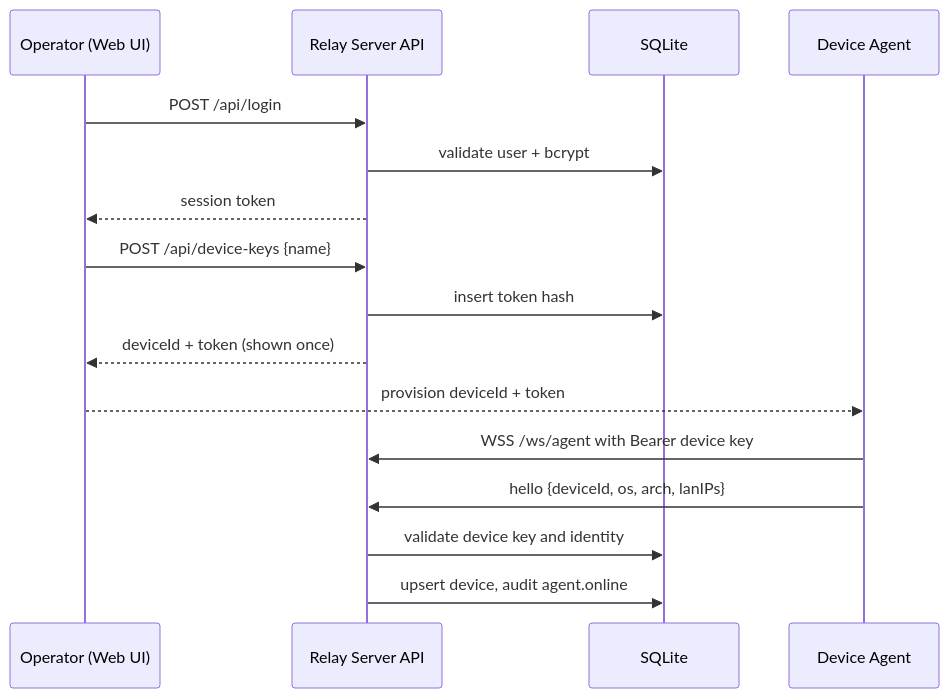
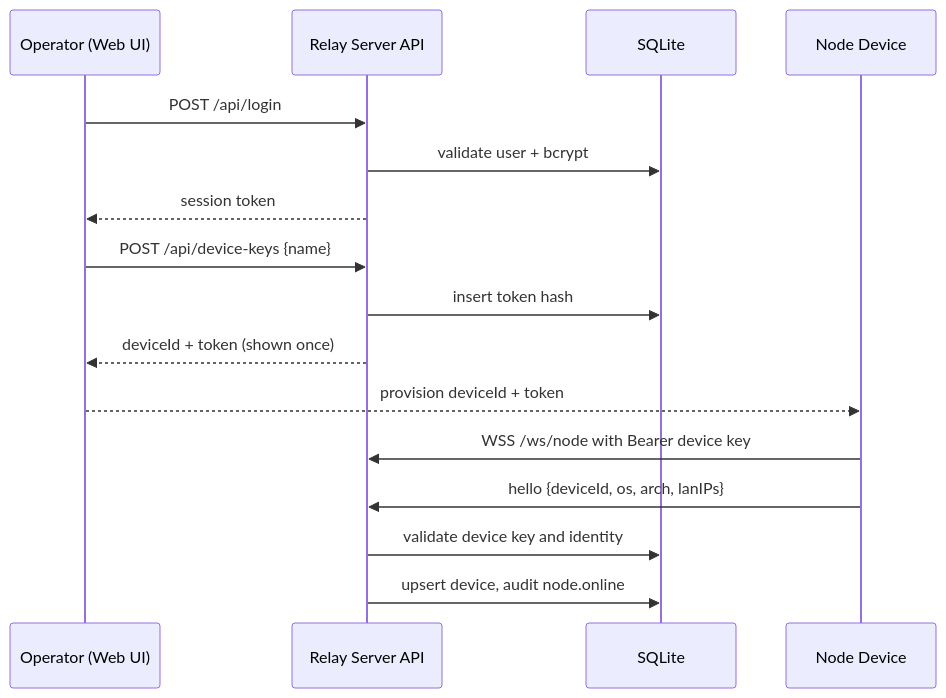
Before and after one commit to pcc-258/warpmesh: the fourth of 11 diagrams in docs/architecture.md, drawn with Mermaid. The commit also changed other lines of this file and 107 other files, not shown here.

First line of the commit message:
feat(node): replace native agent with node runtime, add Windows client and OTA updates

````diff
--- a/docs/architecture.md
+++ b/docs/architecture.md
@@ -121,19 +122,19 @@
 ```mermaid
 sequenceDiagram
     participant Admin as Operator (Web UI)
     participant API as Relay Server API
     participant DB as SQLite
-    participant Agent as Device Agent
+    participant Node as Node Device
 
     Admin->>API: POST /api/login
     API->>DB: validate user + bcrypt
     API-->>Admin: session token
     Admin->>API: POST /api/device-keys {name}
     API->>DB: insert token hash
     API-->>Admin: deviceId + token (shown once)
-    Admin-->>Agent: provision deviceId + token
-    Agent->>API: WSS /ws/agent with Bearer device key
-    Agent->>API: hello {deviceId, os, arch, lanIPs}
+    Admin-->>Node: provision deviceId + token
+    Node->>API: WSS /ws/node with Bearer device key
+    Node->>API: hello {deviceId, os, arch, lanIPs}
     API->>DB: validate device key and identity
-    API->>DB: upsert device, audit agent.online
+    API->>DB: upsert device, audit node.online
 ```
````
